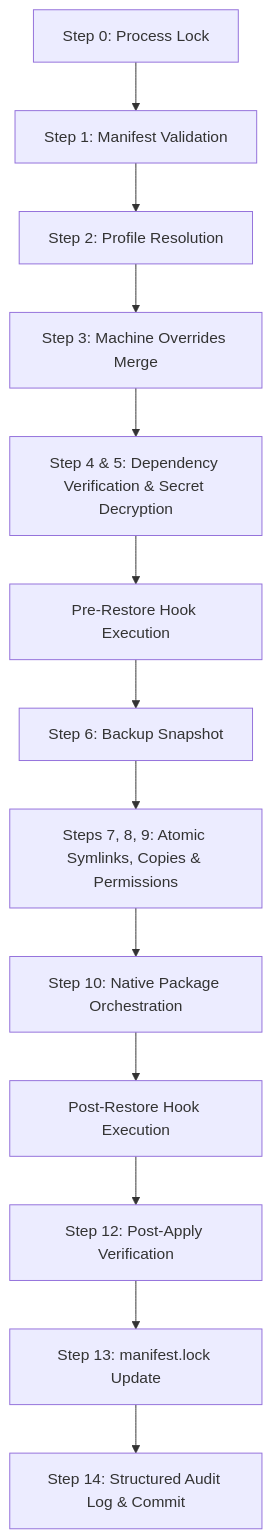
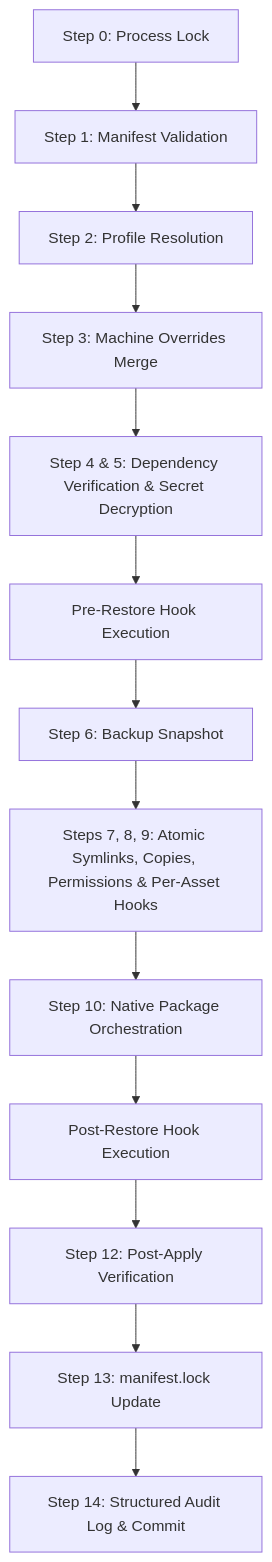
Before and after one commit to 0xkhdr/revive: the diagram in AGENTS.md, drawn with Mermaid. The commit also changed other lines of this file and 2 other files, not shown here.

Commit message:
Doc updates: sandbox, providers, hooks, CLI

````diff
--- a/AGENTS.md
+++ b/AGENTS.md
@@ -101,15 +106,15 @@
 ```mermaid
 graph TD
     S0[Step 0: Process Lock] --> S1[Step 1: Manifest Validation]
     S1 --> S2[Step 2: Profile Resolution]
     S2 --> S3[Step 3: Machine Overrides Merge]
     S3 --> S4[Step 4 & 5: Dependency Verification & Secret Decryption]
     S4 --> SH1[Pre-Restore Hook Execution]
     SH1 --> S6[Step 6: Backup Snapshot]
-    S6 --> S7[Steps 7, 8, 9: Atomic Symlinks, Copies & Permissions]
+    S6 --> S7[Steps 7, 8, 9: Atomic Symlinks, Copies, Permissions & Per-Asset Hooks]
     S7 --> S10[Step 10: Native Package Orchestration]
     S10 --> SH2[Post-Restore Hook Execution]
     SH2 --> S12[Step 12: Post-Apply Verification]
     S12 --> S13[Step 13: manifest.lock Update]
     S13 --> S14[Step 14: Structured Audit Log & Commit]
 ```
````
